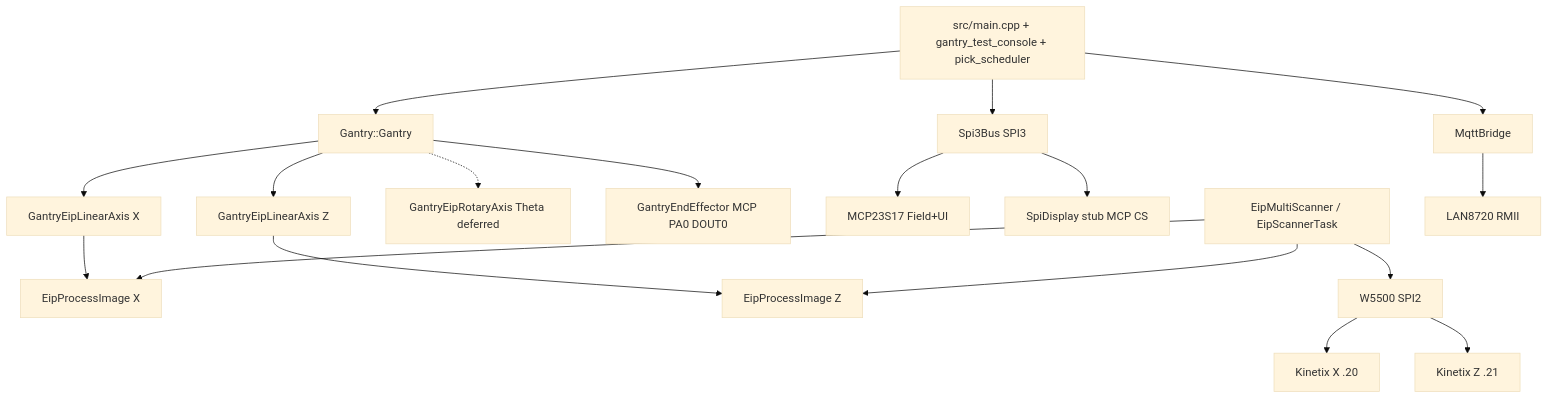
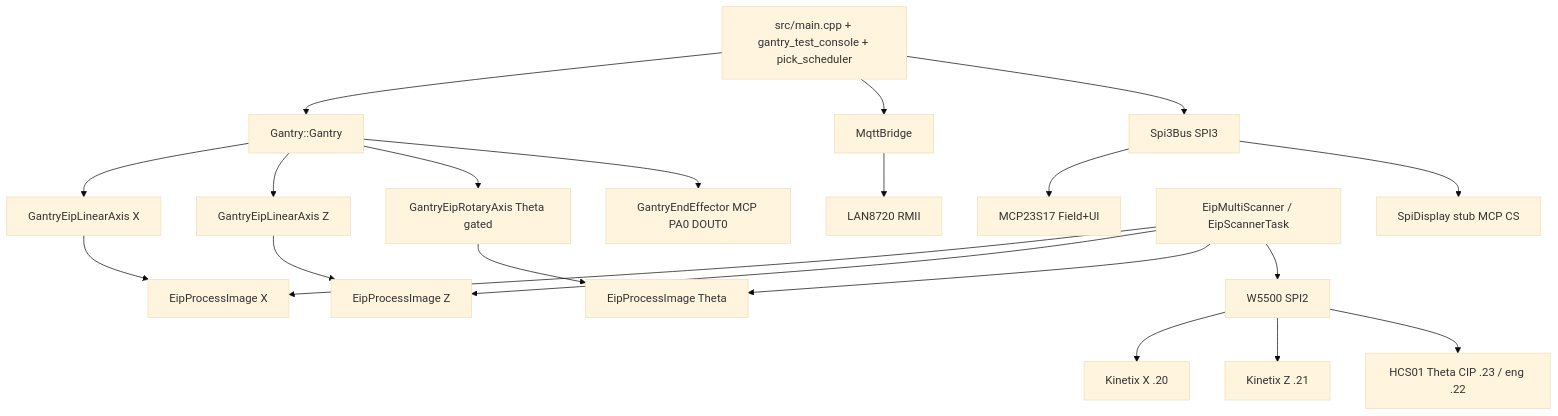
One commit to Mynderse-Research-Lab/wt32-eth01-FreeRTOS changed the first of 2 diagrams in docs/LOW_LEVEL_GANTRY_CONTROL.md. Above: the diagram before and after it, drawn with Mermaid (base theme). The commit also changed other lines of this file and 3 other files, not shown here.

````diff
--- a/docs/LOW_LEVEL_GANTRY_CONTROL.md
+++ b/docs/LOW_LEVEL_GANTRY_CONTROL.md
@@ -21,38 +22,43 @@
 ```mermaid
 flowchart TD
   App["src/main.cpp + gantry_test_console + pick_scheduler"]
   G["Gantry::Gantry"]
   X["GantryEipLinearAxis X"]
   Z["GantryEipLinearAxis Z"]
-  T["GantryEipRotaryAxis Theta deferred"]
+  T["GantryEipRotaryAxis Theta gated"]
   EE["GantryEndEffector MCP PA0 DOUT0"]
   Spi3["Spi3Bus SPI3"]
   Mcp["MCP23S17 Field+UI"]
   Disp["SpiDisplay stub MCP CS"]
   ImgX["EipProcessImage X"]
   ImgZ["EipProcessImage Z"]
+  ImgT["EipProcessImage Theta"]
   Scan["EipMultiScanner / EipScannerTask"]
   W["W5500 SPI2"]
   DX["Kinetix X .20"]
   DZ["Kinetix Z .21"]
+  DT["HCS01 Theta CIP .23 / eng .22"]
   Mqtt["MqttBridge"]
   Lan["LAN8720 RMII"]
 
   App --> G
   App --> Mqtt
   App --> Spi3
   Spi3 --> Mcp
   Spi3 --> Disp
   G --> X
   G --> Z
-  G -.-> T
+  G --> T
   G --> EE
   X --> ImgX
   Z --> ImgZ
+  T --> ImgT
   Scan --> ImgX
   Scan --> ImgZ
+  Scan --> ImgT
   Scan --> W
   W --> DX
   W --> DZ
+  W --> DT
   Mqtt --> Lan
 ```
````
